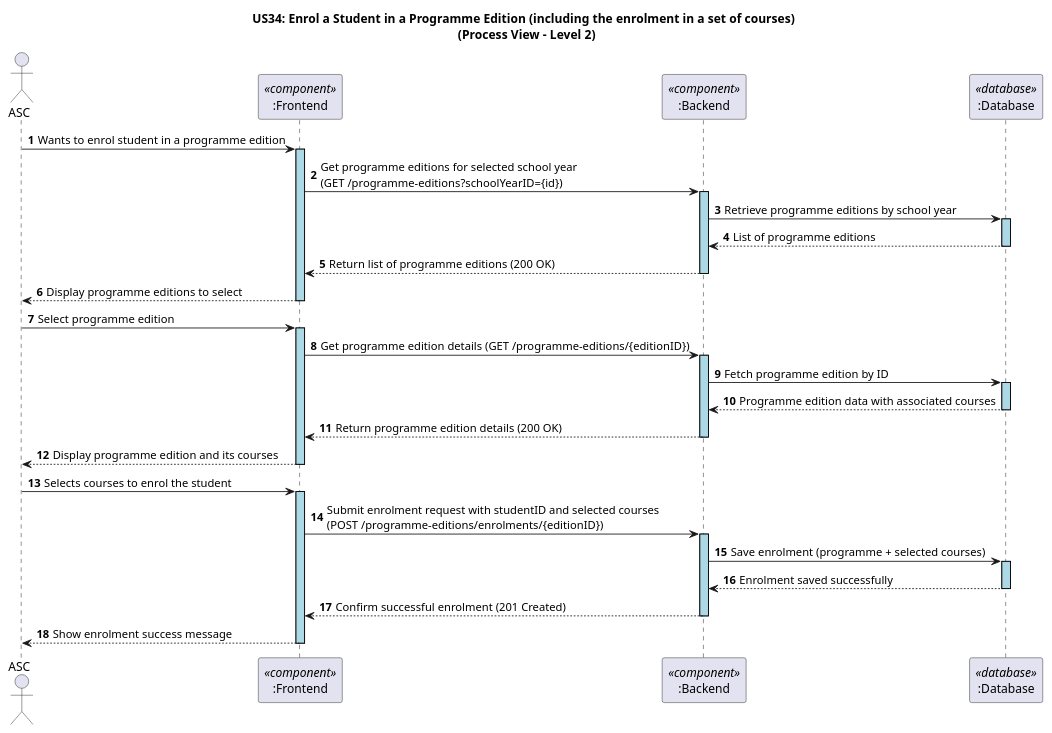
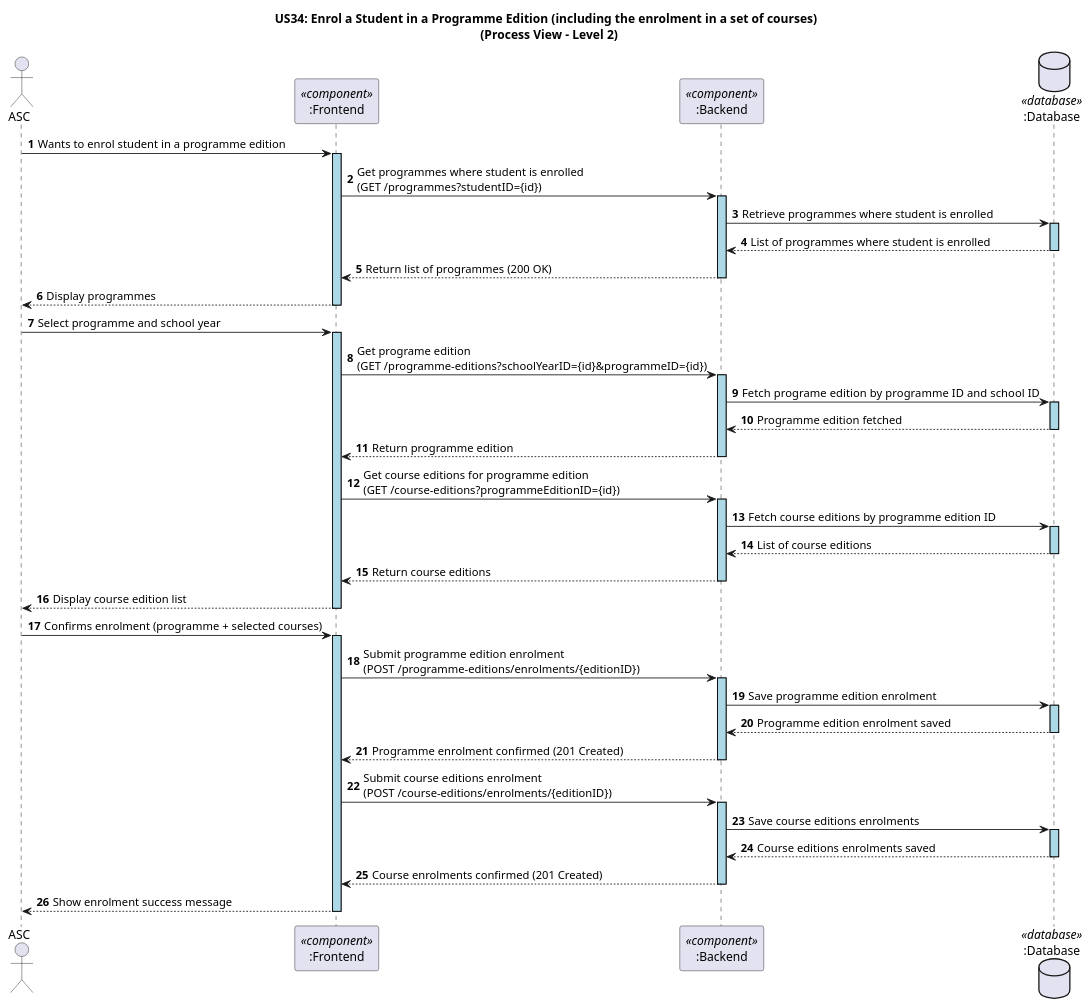
The diagram in docs/US34/Sprint7/ProcessView/Level2.puml (GasparISEP/DevOps-PAI), drawn with PlantUML before and after one commit.

Commit message:
"updated US34 Process View Level 2 (#646)"

```diff
--- a/docs/US34/Sprint7/ProcessView/Level2.puml
+++ b/docs/US34/Sprint7/ProcessView/Level2.puml
@@ -1,46 +1,54 @@
 @startuml
 
 ' US34 - Enrol a Student in a Programme Edition (including the enrolment in a set of courses)
 ' Process View - Level 2 (Frontend, Backend, DB)
 
 autonumber
 
 skinparam sequence {
    LifelineBorderColor black
    LifelineBackgroundColor LightBlue
 }
 
 title US34: Enrol a Student in a Programme Edition (including the enrolment in a set of courses) \n (Process View - Level 2)
 
 actor ASC
 participant ":Frontend" as FE <<component>>
 participant ":Backend" as BE <<component>>
-participant ":Database" as DB <<database>>
+database ":Database" as DB <<database>>
 
 ' Fase 1 – Consulta
 ASC -> FE ++: Wants to enrol student in a programme edition
-FE -> BE ++: Get programme editions for selected school year\n(GET /programme-editions?schoolYearID={id})
-BE -> DB ++: Retrieve programme editions by school year
-DB --> BE --: List of programme editions
-BE --> FE --: Return list of programme editions (200 OK)
-FE --> ASC --: Display programme editions to select
+FE -> BE ++: Get programmes where student is enrolled \n(GET /programmes?studentID={id})
+BE -> DB ++: Retrieve programmes where student is enrolled
+DB --> BE --: List of programmes where student is enrolled
+BE --> FE --: Return list of programmes (200 OK)
+FE --> ASC --: Display programmes
 
-ASC -> FE ++: Select programme edition
-FE -> BE ++: Get programme edition details (GET /programme-editions/{editionID})
-BE -> DB ++: Fetch programme edition by ID
-DB --> BE --: Programme edition data with associated courses
-BE --> FE --: Return programme edition details (200 OK)
-FE --> ASC --: Display programme edition and its courses
-
-
+ASC -> FE ++: Select programme and school year
+FE -> BE ++: Get programe edition \n(GET /programme-editions?schoolYearID={id}&programmeID={id})
+BE -> DB ++: Fetch programe edition by programme ID and school  ID
+DB --> BE --: Programme edition fetched
+BE --> FE --: Return programme edition
+FE -> BE ++: Get course editions for programme edition \n(GET /course-editions?programmeEditionID={id})
+BE -> DB ++: Fetch course editions by programme edition ID
+DB --> BE --: List of course editions
+BE --> FE --: Return course editions
+FE --> ASC --: Display course edition list
 
 'Fase 2 – Inscrição
-ASC -> FE ++: Selects courses to enrol the student
-FE -> BE ++: Submit enrolment request with studentID and selected courses\n(POST /programme-editions/enrolments/{editionID})
-BE -> DB ++: Save enrolment (programme + selected courses)
-DB --> BE --: Enrolment saved successfully
-BE --> FE --: Confirm successful enrolment (201 Created)
+ASC -> FE ++: Confirms enrolment (programme + selected courses)
+
+FE -> BE ++: Submit programme edition enrolment \n(POST /programme-editions/enrolments/{editionID})
+BE -> DB ++: Save programme edition enrolment
+DB --> BE --: Programme edition enrolment saved
+BE --> FE --: Programme enrolment confirmed (201 Created)
+
+FE -> BE ++: Submit course editions enrolment \n(POST /course-editions/enrolments/{editionID})
+BE -> DB ++: Save course editions enrolments
+DB --> BE --: Course editions enrolments saved
+
+BE --> FE --: Course enrolments confirmed (201 Created)
 FE --> ASC --: Show enrolment success message
 
-
 @enduml
```
